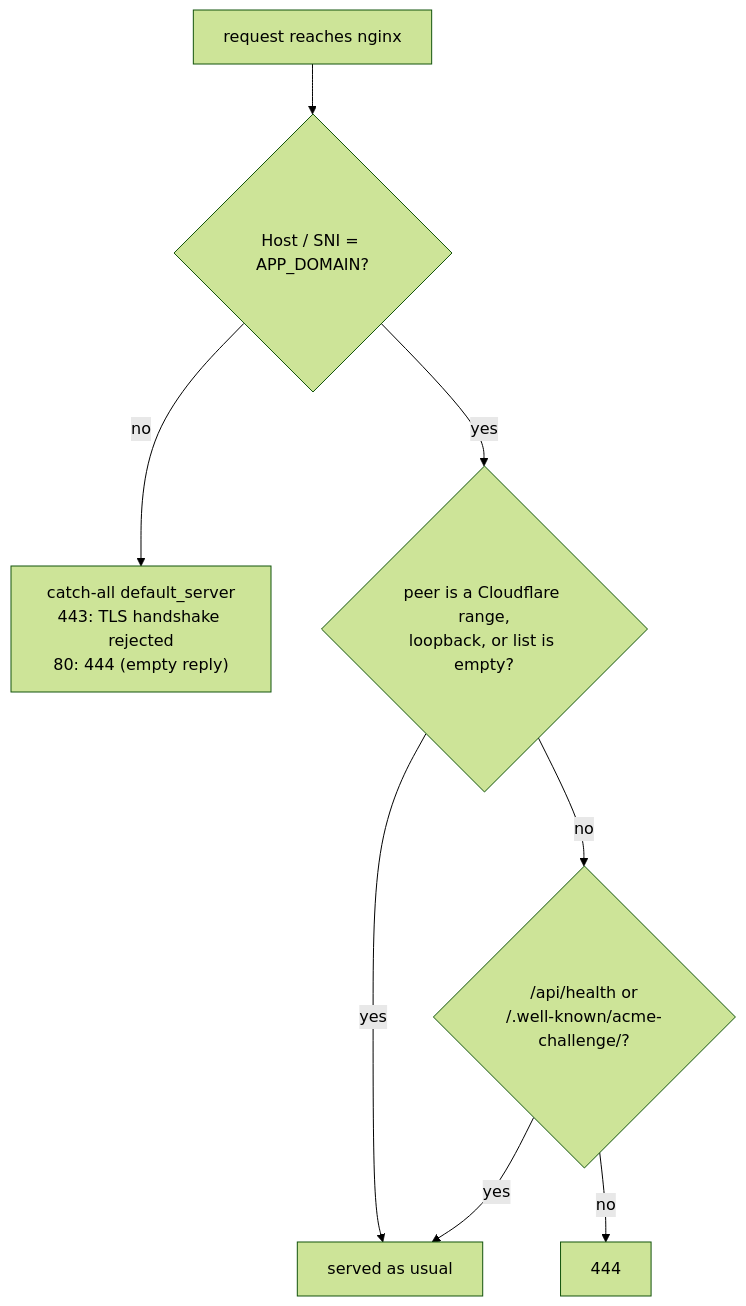
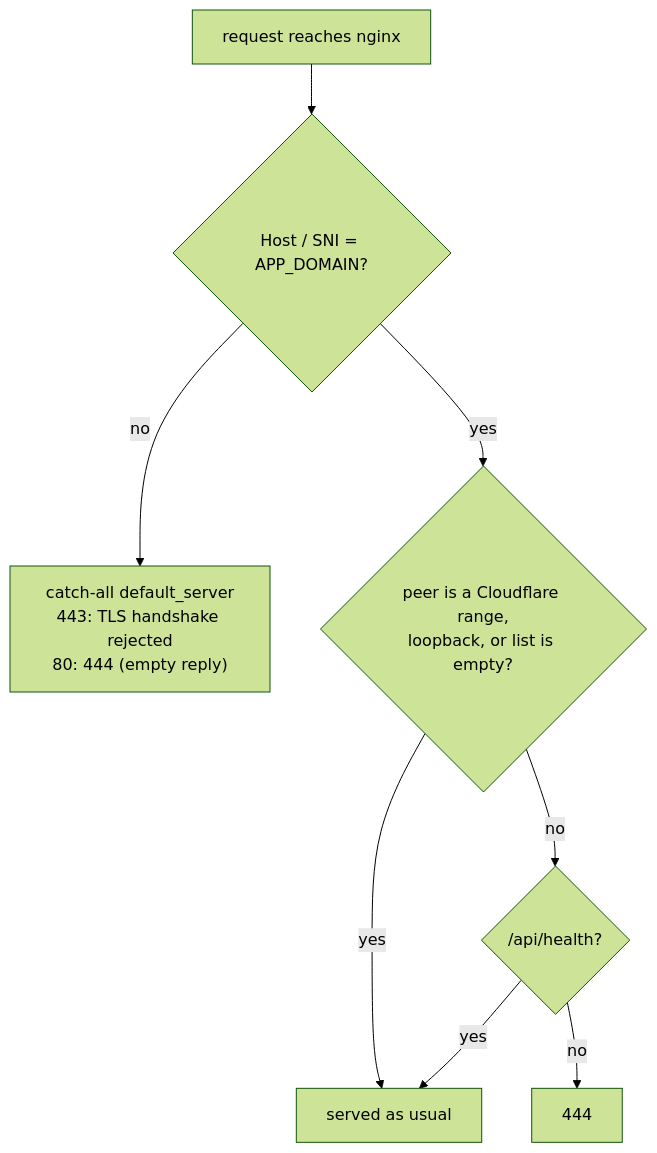
Before and after one commit to tareq89/biddaloy: the second of 6 diagrams in docs/architecture/07-deployment.md, drawn with Mermaid (forest theme). The commit also changed other lines of this file and 13 other files, not shown here.

````diff
--- a/docs/architecture/07-deployment.md
+++ b/docs/architecture/07-deployment.md
@@ -53,10 +65,10 @@
 ```mermaid
 flowchart TD
   R["request reaches nginx"] --> H{"Host / SNI = APP_DOMAIN?"}
   H -- no --> D["catch-all default_server<br/>443: TLS handshake rejected<br/>80: 444 (empty reply)"]
   H -- yes --> P{"peer is a Cloudflare range,<br/>loopback, or list is empty?"}
   P -- yes --> OK["served as usual"]
-  P -- no --> E{"/api/health or<br/>/.well-known/acme-challenge/?"}
+  P -- no --> E{"/api/health?"}
   E -- yes --> OK
   E -- no --> X["444"]
 ```
````
